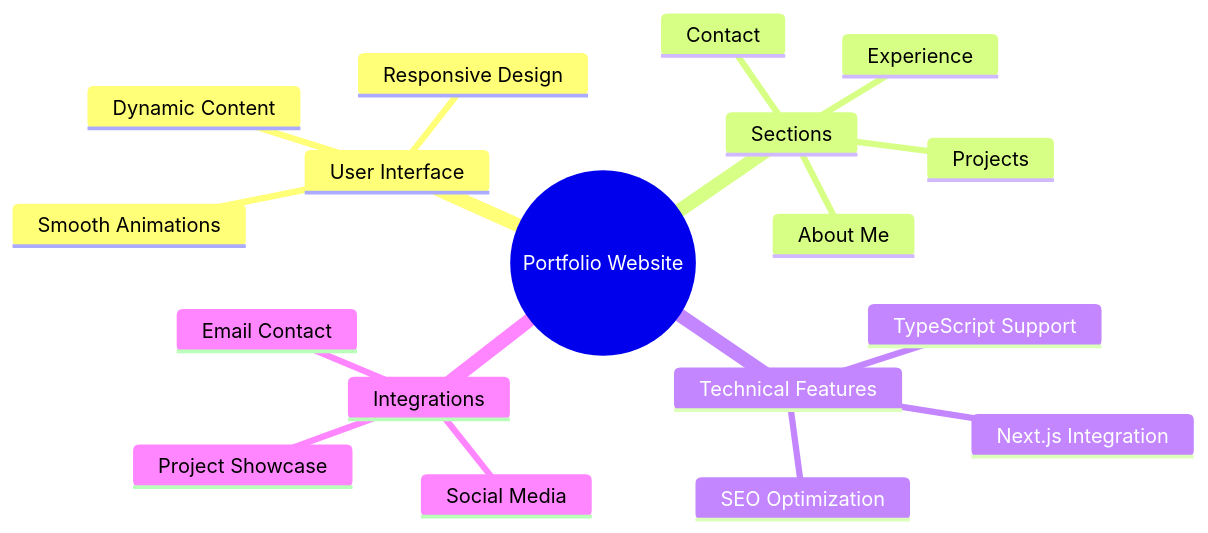
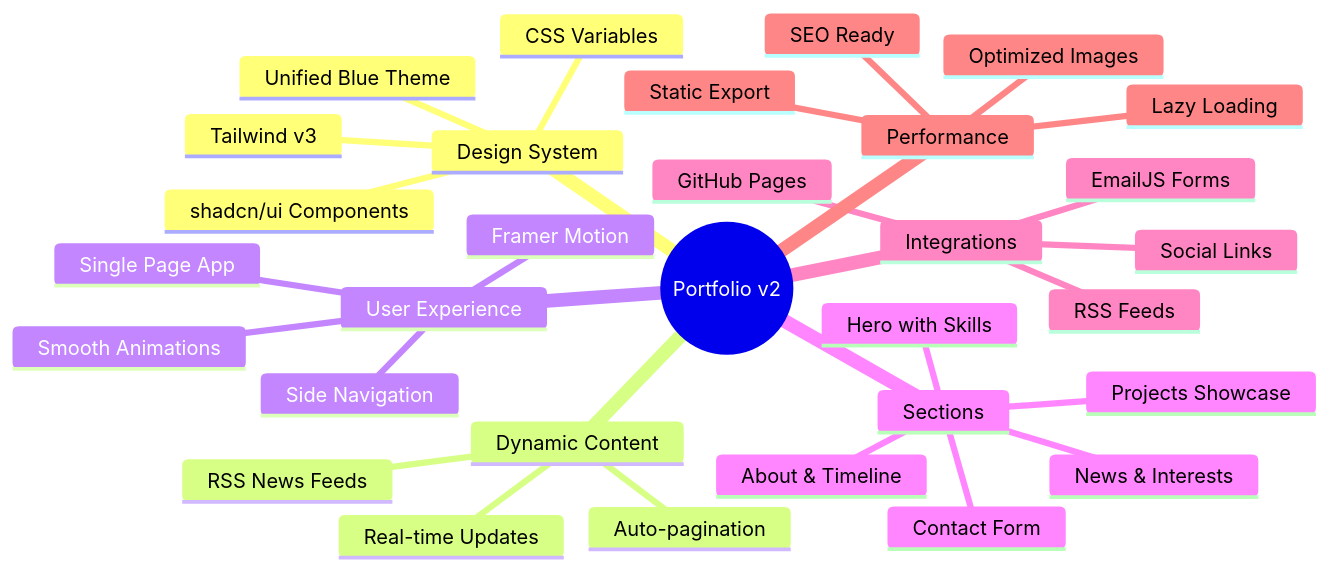
The diagram in README.md (Sebas-D-Dev/portfolio-v2), drawn with Mermaid before and after one commit. The commit also changed other lines of this file and 38 other files, not shown here.

First line of the commit message:
chore: update dependencies and add Tailwind CSS configuration

````diff
--- a/README.md
+++ b/README.md
@@ -26,21 +30,34 @@
 ```mermaid
 mindmap
-  root((Portfolio Website))
-    User Interface
-      Responsive Design
+  root((Portfolio v2))
+    Design System
+      Unified Blue Theme
+      CSS Variables
+      Tailwind v3
+      shadcn/ui Components
+    Dynamic Content
+      RSS News Feeds
+      Real-time Updates
+      Auto-pagination
+    User Experience
+      Single Page App
       Smooth Animations
-      Dynamic Content
+      Side Navigation
+      Framer Motion
     Sections
-      About Me
-      Experience
-      Projects
-      Contact
-    Technical Features
-      Next.js Integration
-      TypeScript Support
-      SEO Optimization
+      Hero with Skills
+      About & Timeline
+      Projects Showcase
+      News & Interests
+      Contact Form
     Integrations
-      Social Media
-      Email Contact
-      Project Showcase
+      EmailJS Forms
+      GitHub Pages
+      RSS Feeds
+      Social Links
+    Performance
+      Static Export
+      Optimized Images
+      Lazy Loading
+      SEO Ready
 ```
````
